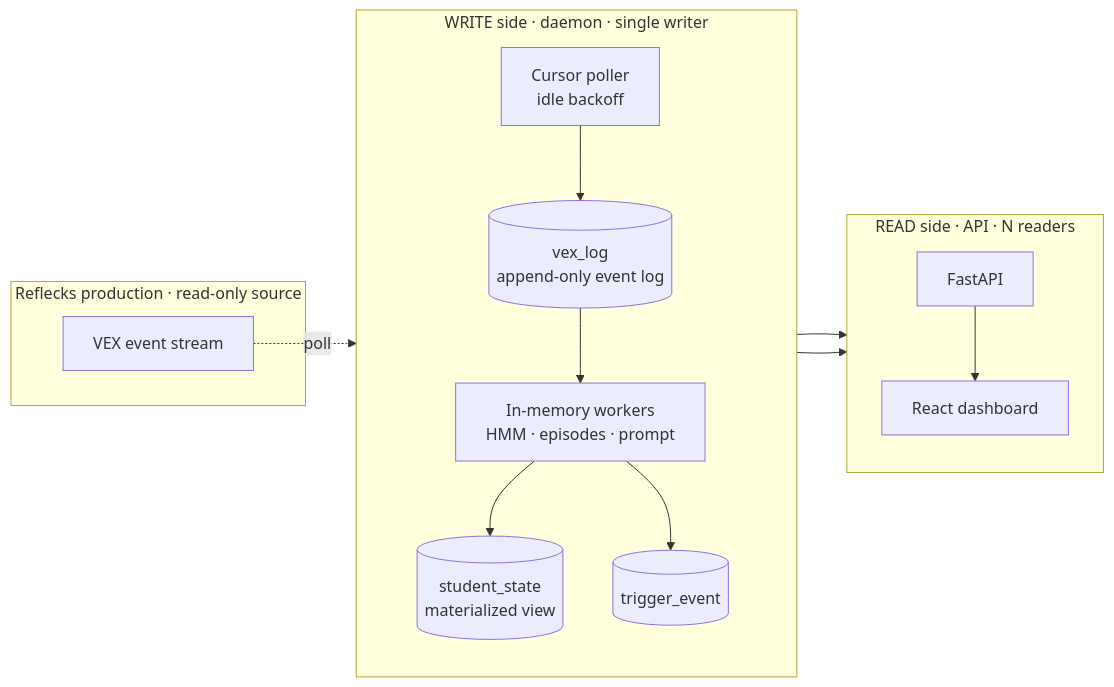
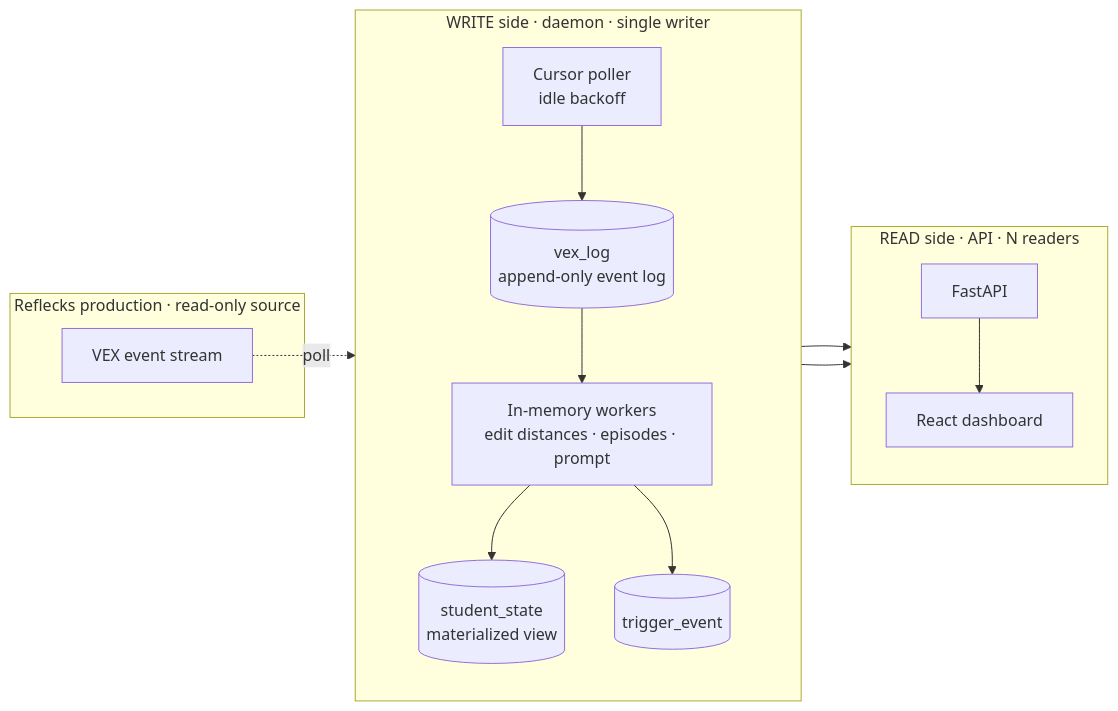
Before and after one commit to InviteInstitute/lm-dashboard: the diagram in docs/DESIGN.md, drawn with Mermaid. The commit also changed other lines of this file and 13 other files, not shown here.

````diff
--- a/docs/DESIGN.md
+++ b/docs/DESIGN.md
@@ -6,29 +6,29 @@
 ```mermaid
 flowchart LR
     subgraph prod["Reflecks production · read-only source"]
         ev["VEX event stream"]
     end
 
     subgraph write["WRITE side · daemon · single writer"]
         direction TB
         poll["Cursor poller<br/>idle backoff"]
         log[("vex_log<br/>append-only event log")]
-        workers["In-memory workers<br/>HMM · episodes · prompt"]
+        workers["In-memory workers<br/>edit distances · episodes · prompt"]
         state[("student_state<br/>materialized view")]
         trig[("trigger_event")]
         poll --> log --> workers
         workers --> state
         workers --> trig
     end
 
     subgraph read["READ side · API · N readers"]
         direction TB
         fastapi["FastAPI"]
         ui["React dashboard"]
         fastapi --> ui
     end
 
     ev -. "poll" .-> poll
     state --> fastapi
     trig --> fastapi
 ```
````
